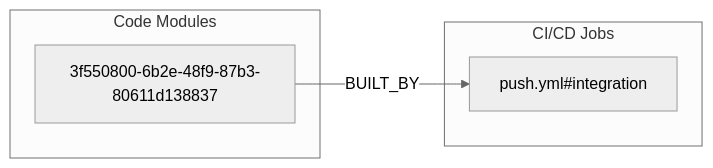
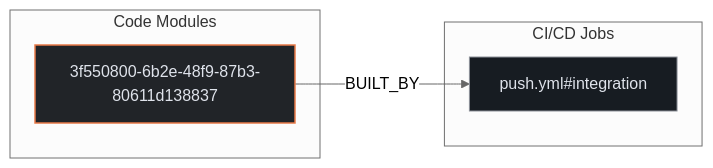
One commit to kumarshaz/atruss-code-atlas changed the second of 3 diagrams in exports/latest/reports/plausible-wordpress-report.md. Above: the diagram before and after it, drawn with Mermaid (neutral theme). The commit also changed other lines of this file and 331 other files, not shown here.

Commit message:
docs,ui,fix: update SDLC docs, reorder CI/CD DAG first, stylize Mermaid, and fix Arc42 pipeline topology

````diff
--- a/exports/latest/reports/plausible-wordpress-report.md
+++ b/exports/latest/reports/plausible-wordpress-report.md
@@ -191,10 +198,14 @@
 ```mermaid
 flowchart LR
+    classDef atlasCategory fill:#212428,stroke:#E87A48,stroke-width:1.5px,color:#dfe3eb
+    classDef atlasWorkflow fill:#1b2026,stroke:#a3c9ff,stroke-width:1.5px,color:#dfe3eb
+    classDef atlasJob fill:#171c22,stroke:#8d9199,stroke-width:1px,color:#dfe3eb
+    classDef atlasTarget fill:#005227,stroke:#8bd99b,stroke-width:1.5px,color:#a7f6b6
     subgraph code_modules["Code Modules"]
-        mod_3f550800_6b2e_48f9_87b3_80611d138837["3f550800-6b2e-48f9-87b3-80611d138837"]
+        mod_3f550800_6b2e_48f9_87b3_80611d138837["3f550800-6b2e-48f9-87b3-80611d138837"]:::atlasCategory
     end
     subgraph ci_jobs["CI/CD Jobs"]
-        job_push_yml_integration["push.yml#integration"]
+        job_push_yml_integration["push.yml#integration"]:::atlasJob
     end
     mod_3f550800_6b2e_48f9_87b3_80611d138837 -->|BUILT_BY| job_push_yml_integration
 ```
````
